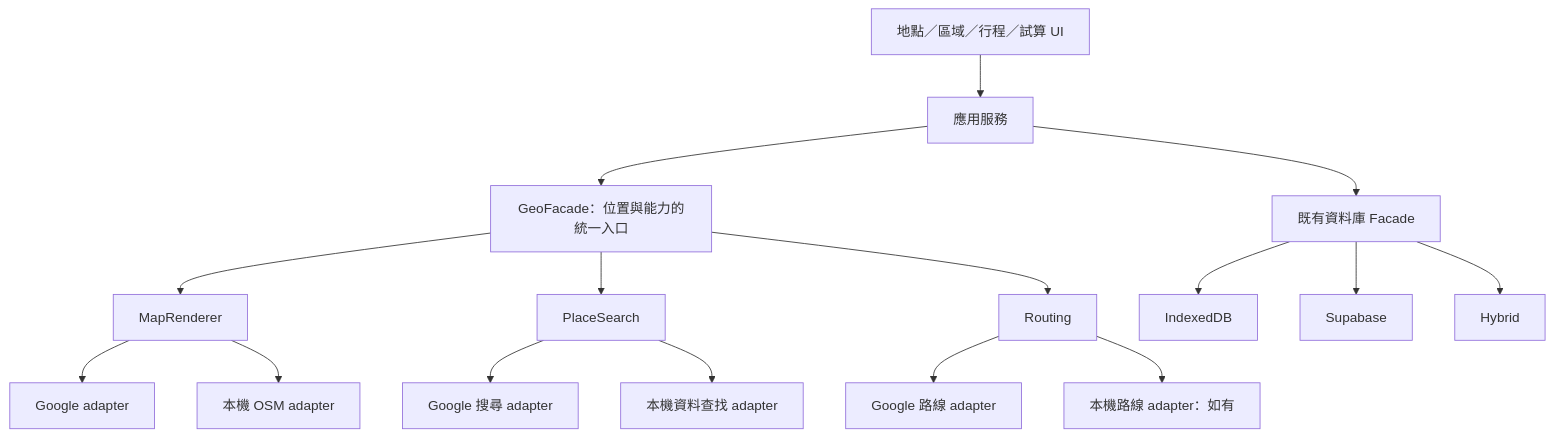
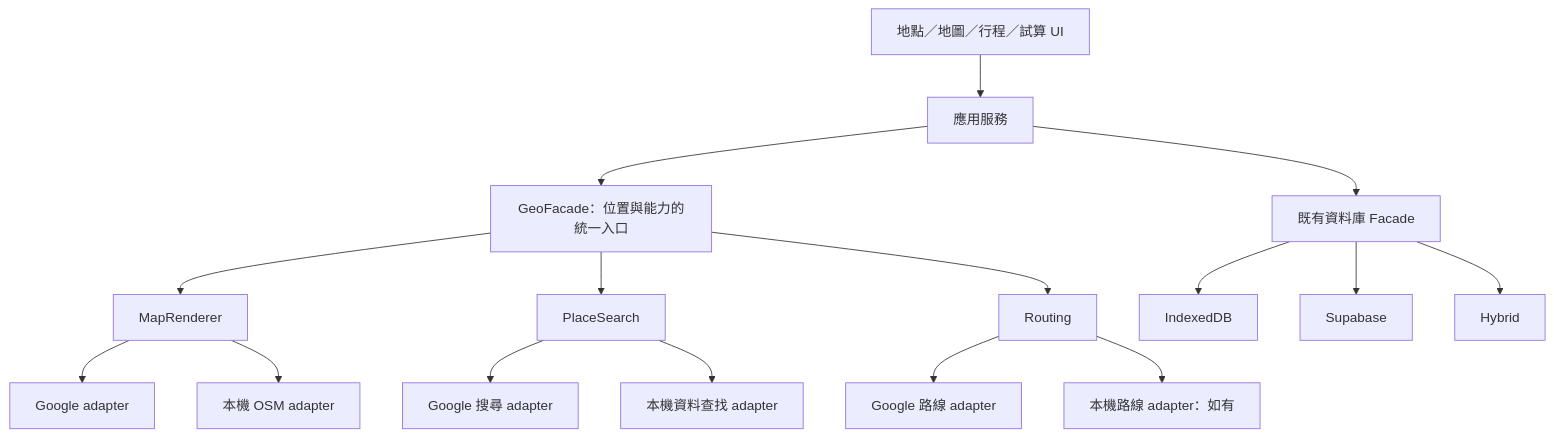
The diagram in docs/system/map-provider-assessment.md (tanguitar8093/travel-guide), drawn with Mermaid before and after one commit. The commit also changed other lines of this file and 78 other files, not shown here.

````diff
--- a/docs/system/map-provider-assessment.md
+++ b/docs/system/map-provider-assessment.md
@@ -50,18 +50,18 @@
 ```mermaid
 flowchart TD
-  UI[地點／區域／行程／試算 UI] --> APP[應用服務]
+  UI[地點／地圖／行程／試算 UI] --> APP[應用服務]
   APP --> GEO[GeoFacade：位置與能力的統一入口]
   APP --> DB[既有資料庫 Facade]
   GEO --> MAP[MapRenderer]
   GEO --> SEARCH[PlaceSearch]
   GEO --> ROUTE[Routing]
   MAP --> GM[Google adapter]
   MAP --> OM[本機 OSM adapter]
   SEARCH --> GS[Google 搜尋 adapter]
   SEARCH --> LS[本機資料查找 adapter]
   ROUTE --> GR[Google 路線 adapter]
   ROUTE --> LR[本機路線 adapter：如有]
   DB --> IDB[IndexedDB]
   DB --> SB[Supabase]
   DB --> HY[Hybrid]
 ```
````
